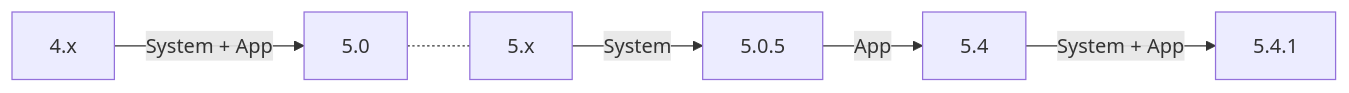
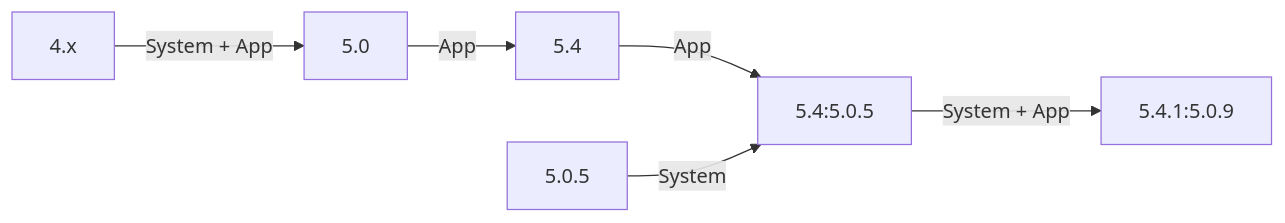
The diagram in Etrel Inch Firmware Update Procedure.md (Thundergrid149/Thundergrid-Installer-Instructions), drawn with Mermaid before and after one commit. The commit also changed other lines of this file, not shown here.

Commit message:
Update Etrel Inch Firmware Update Procedure.md

````diff
--- a/Etrel Inch Firmware Update Procedure.md
+++ b/Etrel Inch Firmware Update Procedure.md
@@ -50,10 +50,10 @@
 ```mermaid
 flowchart LR
 
 Z[4.x]-->|System + App|Y
-Y[5.0]-.-A
-A[5.x]-->| System |B
-B[5.0.5]-->| App |C
-C[5.4]-->|System + App|D
-D[5.4.1]
+Y[5.0]-->| App |C
+C[5.4]-->| App |D
+B[5.0.5]-->| System |D
+D[5.4:5.0.5]-->| System + App |E
+E[5.4.1:5.0.9]
 ```
````
